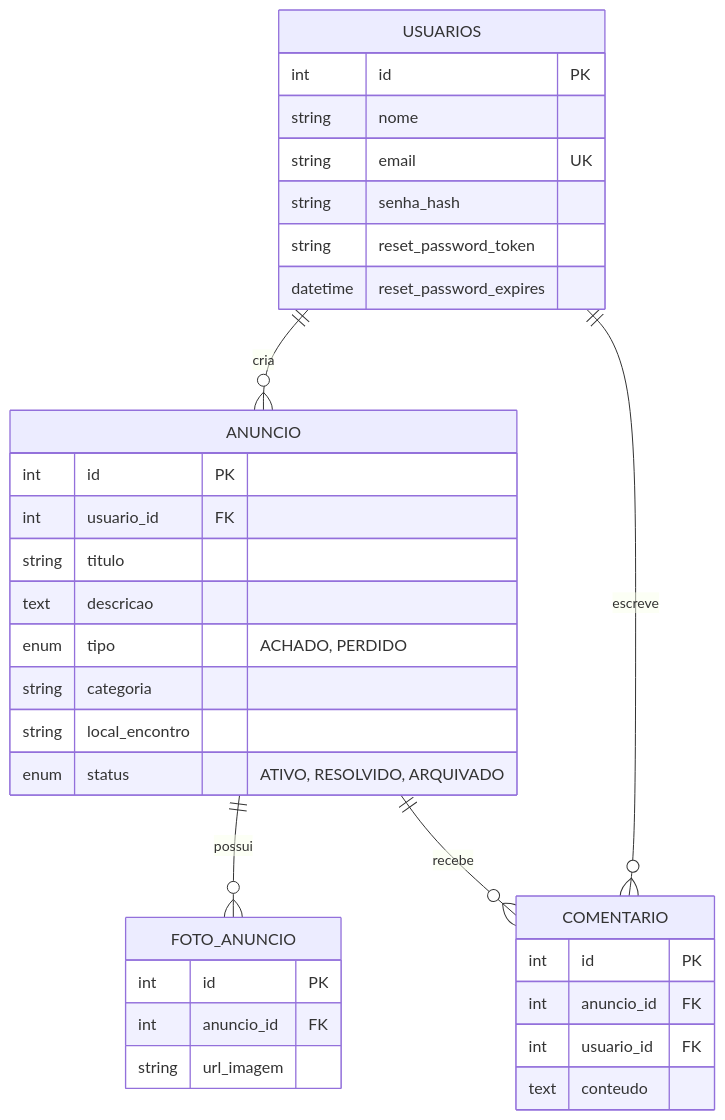
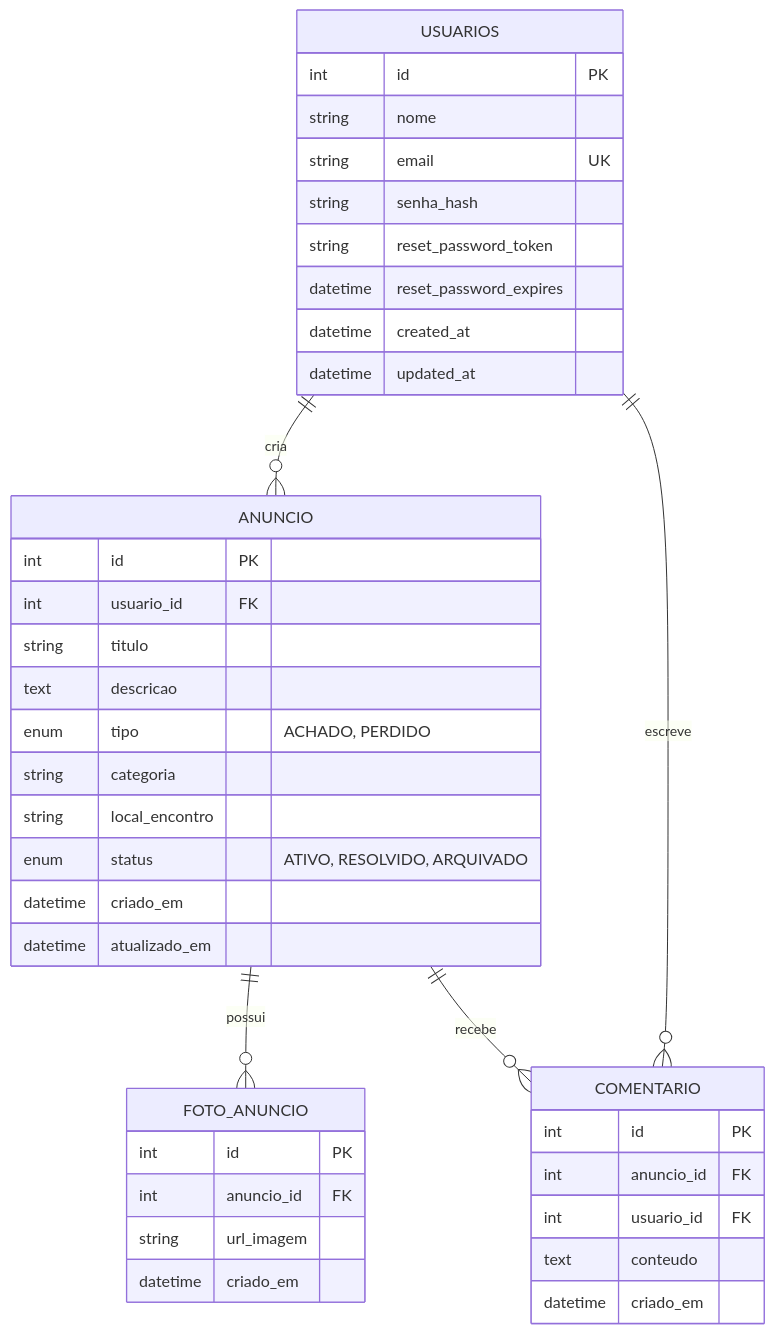
Before and after one commit to Matheus-Castro-Paula/Radar-UFLA: the fifth of 5 diagrams in docs/modelagem/modelagem.md, drawn with Mermaid. The commit also changed other lines of this file and 10 other files, not shown here.

````diff
--- a/docs/modelagem/modelagem.md
+++ b/docs/modelagem/modelagem.md
@@ -24,37 +258,43 @@
 ```mermaid
 erDiagram
     USUARIOS ||--o{ ANUNCIO : cria
     USUARIOS ||--o{ COMENTARIO : escreve
     ANUNCIO ||--o{ FOTO_ANUNCIO : possui
     ANUNCIO ||--o{ COMENTARIO : recebe
 
     USUARIOS {
         int id PK
         string nome
         string email UK
         string senha_hash
         string reset_password_token
         datetime reset_password_expires
+        datetime created_at
+        datetime updated_at
     }
     ANUNCIO {
         int id PK
         int usuario_id FK
         string titulo
         text descricao
         enum tipo "ACHADO, PERDIDO"
         string categoria
         string local_encontro
         enum status "ATIVO, RESOLVIDO, ARQUIVADO"
+        datetime criado_em
+        datetime atualizado_em
     }
     FOTO_ANUNCIO {
         int id PK
         int anuncio_id FK
         string url_imagem
+        datetime criado_em
     }
     COMENTARIO {
         int id PK
         int anuncio_id FK
         int usuario_id FK
         text conteudo
+        datetime criado_em
     }
 ```
````
